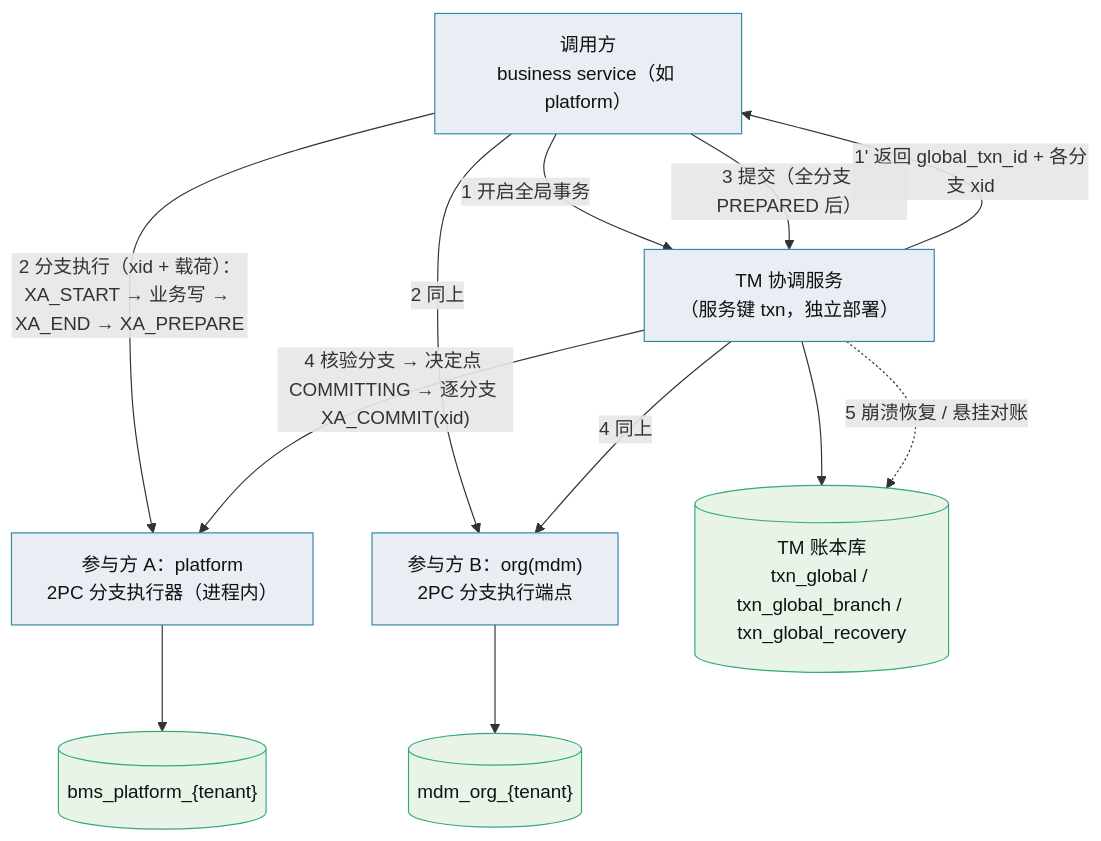
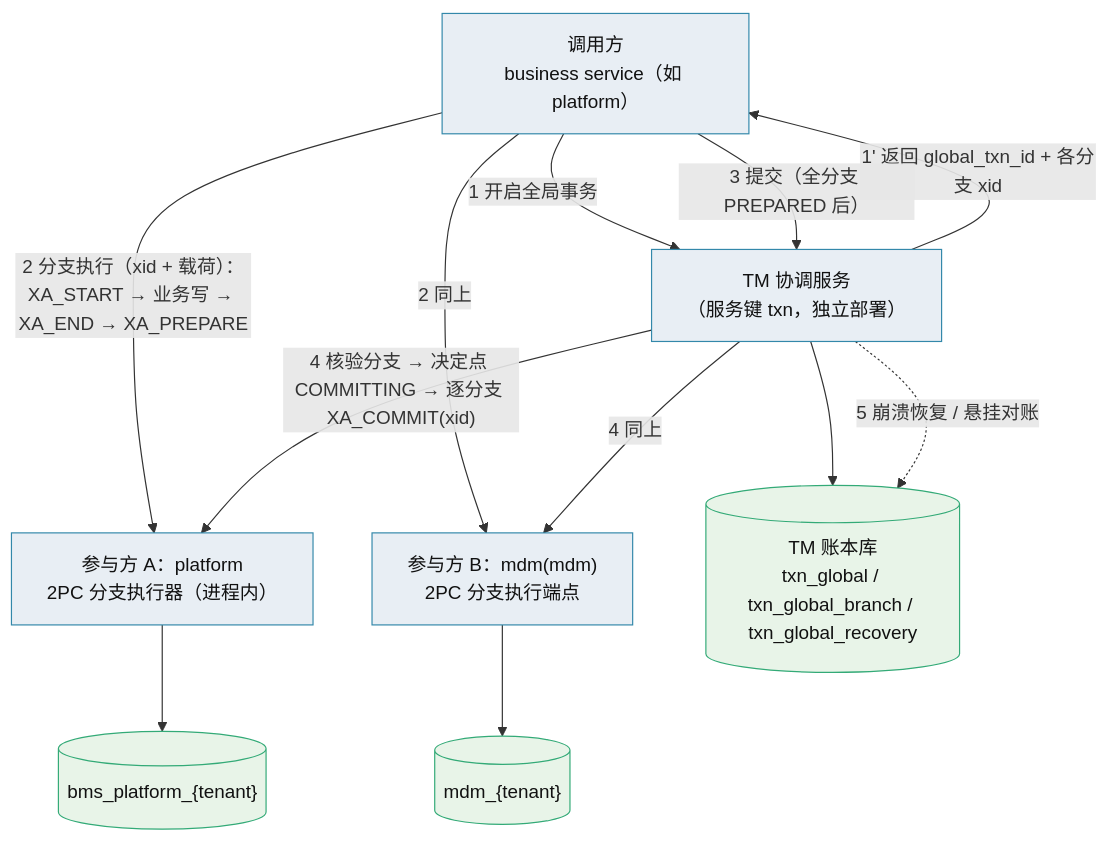
Before and after one commit to minjian123/basic-management-system: the first of 2 diagrams in bms文档/项目/02_后端基座与服务化地基/任务/05_服务间通信与一致性/05_服务间通信与一致性_07_跨服务事务管理器强一致专项/设计/01_详细设计_07_跨服务事务管理器强一致专项.md, drawn with Mermaid. The commit also changed other lines of this file and 501 other files, not shown here.

````diff
--- a/bms文档/项目/02_后端基座与服务化地基/任务/05_服务间通信与一致性/05_服务间通信与一致性_07_跨服务事务管理器强一致专项/设计/01_详细设计_07_跨服务事务管理器强一致专项.md
+++ b/bms文档/项目/02_后端基座与服务化地基/任务/05_服务间通信与一致性/05_服务间通信与一致性_07_跨服务事务管理器强一致专项/设计/01_详细设计_07_跨服务事务管理器强一致专项.md
@@ -58,18 +58,18 @@
 ```mermaid
 flowchart TB
     C["调用方<br/>business service（如 platform）"] -->|"1 开启全局事务"| TM["TM 协调服务<br/>（服务键 txn，独立部署）"]
     TM -->|"1' 返回 global_txn_id + 各分支 xid"| C
     C -->|"2 分支执行（xid + 载荷）：XA_START → 业务写 → XA_END → XA_PREPARE"| P1["参与方 A：platform<br/>2PC 分支执行器（进程内）"]
-    C -->|"2 同上"| P2["参与方 B：org(mdm)<br/>2PC 分支执行端点"]
+    C -->|"2 同上"| P2["参与方 B：mdm(mdm)<br/>2PC 分支执行端点"]
     C -->|"3 提交（全分支 PREPARED 后）"| TM
     TM -->|"4 核验分支 → 决定点 COMMITTING → 逐分支 XA_COMMIT(xid)"| P1
     TM -->|"4 同上"| P2
     P1 --> DA[("bms_platform_{tenant}")]
-    P2 --> DB[("mdm_org_{tenant}")]
+    P2 --> DB[("mdm_{tenant}")]
     TM --> L[("TM 账本库<br/>txn_global / txn_global_branch / txn_global_recovery")]
     TM -. "5 崩溃恢复 / 悬挂对账" .-> L
     classDef k fill:#e8eef4,stroke:#38a,color:#111
     classDef db fill:#e8f4e8,stroke:#3a7,color:#111
     class C,TM,P1,P2 k
     class DA,DB,L db
 ```
````
